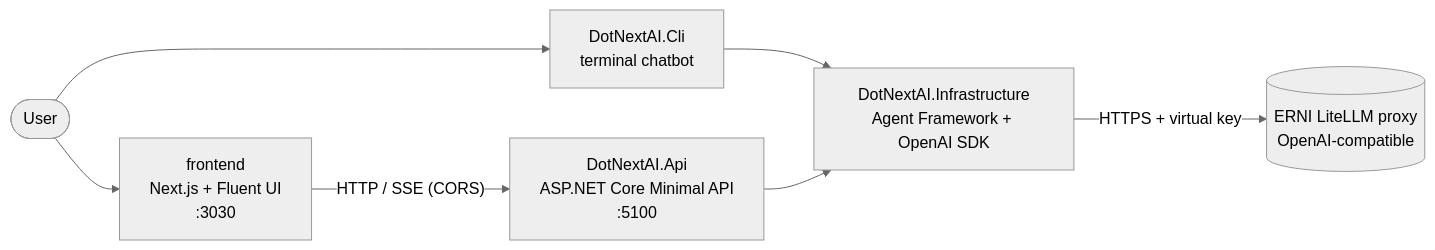
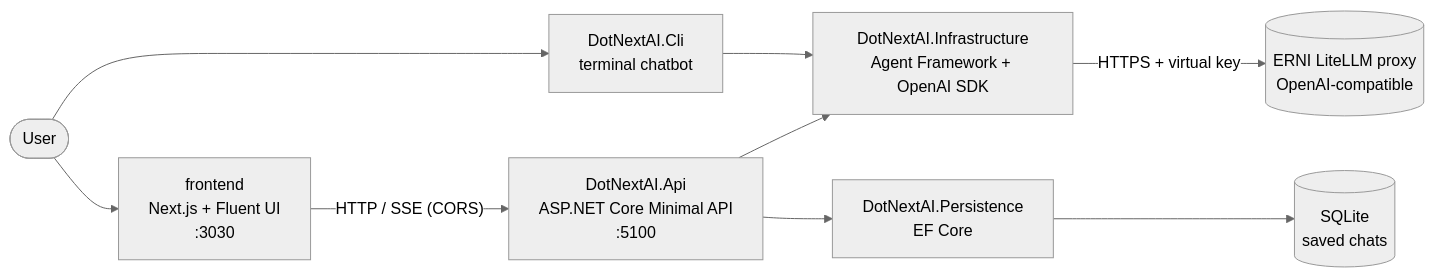
The diagram in docs/design/architecture.md (SamuelHdez/DotNextAI), drawn with Mermaid (neutral theme) before and after one commit. The commit also changed other lines of this file and 50 other files, not shown here.

First line of the commit message:
feat: save chats and folders in a local SQLite database (backend)

````diff
--- a/docs/design/architecture.md
+++ b/docs/design/architecture.md
@@ -7,16 +7,20 @@
 ```mermaid
 flowchart LR
     user([User])
     cli["DotNextAI.Cli<br/>terminal chatbot"]
     web["frontend<br/>Next.js + Fluent UI<br/>:3030"]
     api["DotNextAI.Api<br/>ASP.NET Core Minimal API<br/>:5100"]
     infra["DotNextAI.Infrastructure<br/>Agent Framework + OpenAI SDK"]
+    persistence["DotNextAI.Persistence<br/>EF Core"]
+    db[("SQLite<br/>saved chats")]
     litellm[("ERNI LiteLLM proxy<br/>OpenAI-compatible")]
 
     user --> cli
     user --> web
     web -- "HTTP / SSE (CORS)" --> api
     cli --> infra
     api --> infra
+    api --> persistence
+    persistence --> db
     infra -- "HTTPS + virtual key" --> litellm
 ```
````
